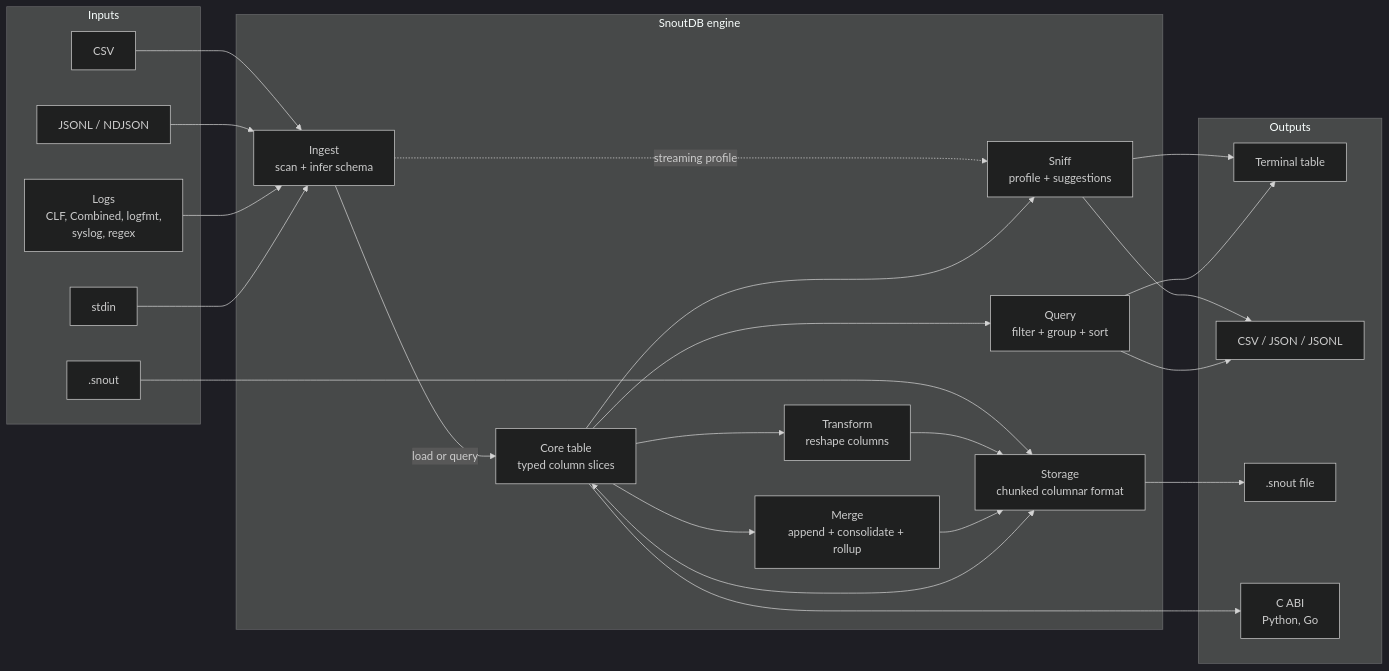
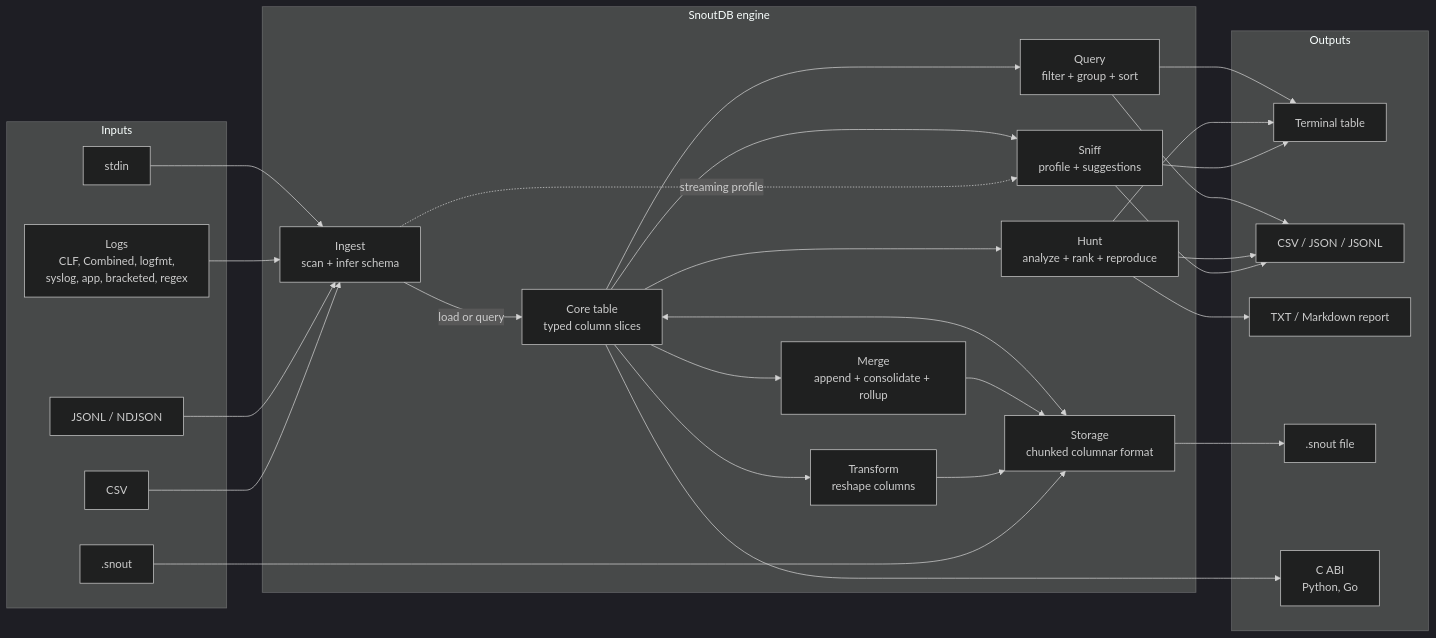
One commit to jacovinus/snoutdb changed the first of 4 diagrams in README.md. Above: the diagram before and after it, drawn with Mermaid (dark theme). The commit also changed other lines of this file and 17 other files, not shown here.

````diff
--- a/README.md
+++ b/README.md
@@ -166,48 +223,54 @@
 ```mermaid
 flowchart LR
     subgraph Inputs
         CSV["CSV"]
         JSONL["JSONL / NDJSON"]
-        LOG["Logs<br/>CLF, Combined, logfmt,<br/>syslog, regex"]
+        LOG["Logs<br/>CLF, Combined, logfmt,<br/>syslog, app, bracketed, regex"]
         SNOUT[".snout"]
         STDIN["stdin"]
     end
 
     subgraph Engine["SnoutDB engine"]
         INGEST["Ingest<br/>scan + infer schema"]
         CORE["Core table<br/>typed column slices"]
         SNIFF["Sniff<br/>profile + suggestions"]
+        HUNT["Hunt<br/>analyze + rank + reproduce"]
         QUERY["Query<br/>filter + group + sort"]
         TRANSFORM["Transform<br/>reshape columns"]
         MERGE["Merge<br/>append + consolidate + rollup"]
         STORAGE["Storage<br/>chunked columnar format"]
     end
 
     subgraph Outputs
         TERMINAL["Terminal table"]
         DATA["CSV / JSON / JSONL"]
+        REPORT["TXT / Markdown report"]
         FILE[".snout file"]
         ABI["C ABI<br/>Python, Go"]
     end
 
     CSV --> INGEST
     JSONL --> INGEST
     LOG --> INGEST
     STDIN --> INGEST
     SNOUT --> STORAGE
     INGEST -->|"load or query"| CORE
     INGEST -.->|"streaming profile"| SNIFF
     STORAGE <--> CORE
     CORE --> SNIFF
+    CORE --> HUNT
     CORE --> QUERY
     CORE --> TRANSFORM
     CORE --> MERGE
     TRANSFORM --> STORAGE
     MERGE --> STORAGE
     SNIFF --> TERMINAL
     SNIFF --> DATA
+    HUNT --> TERMINAL
+    HUNT --> DATA
+    HUNT --> REPORT
     QUERY --> TERMINAL
     QUERY --> DATA
     STORAGE --> FILE
     CORE --> ABI
 ```
````
